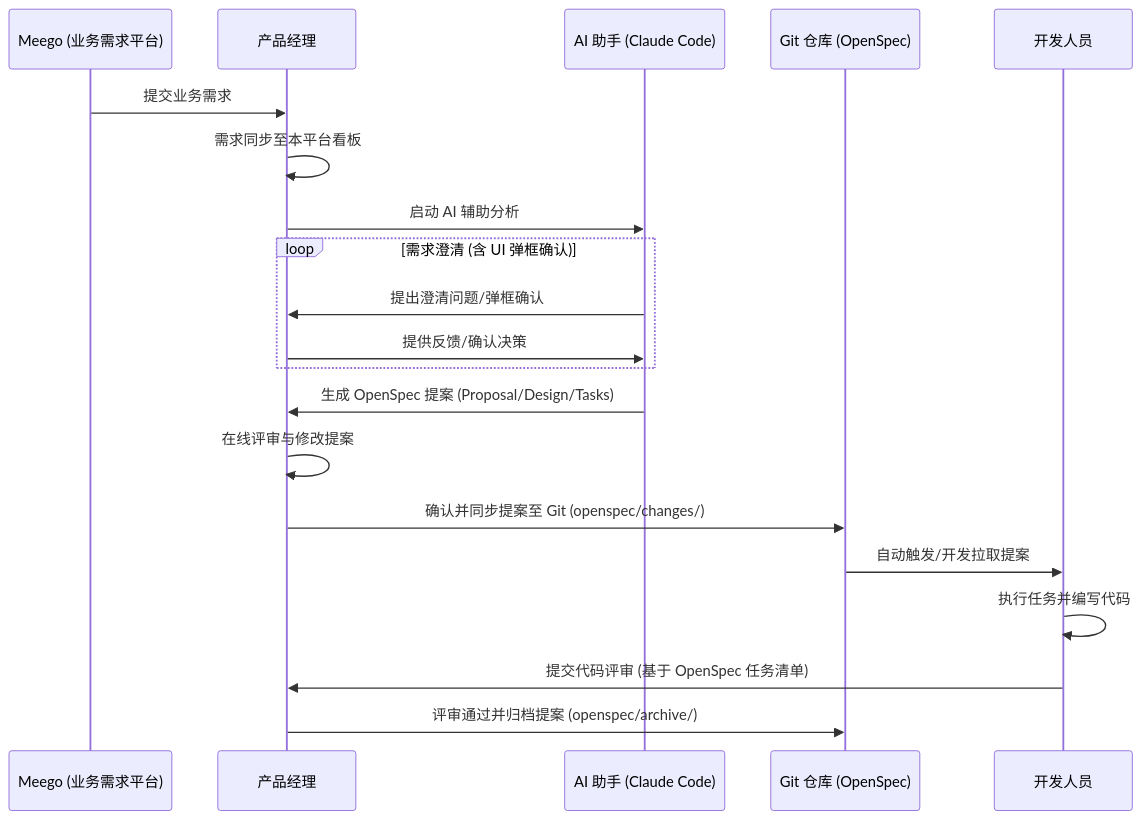
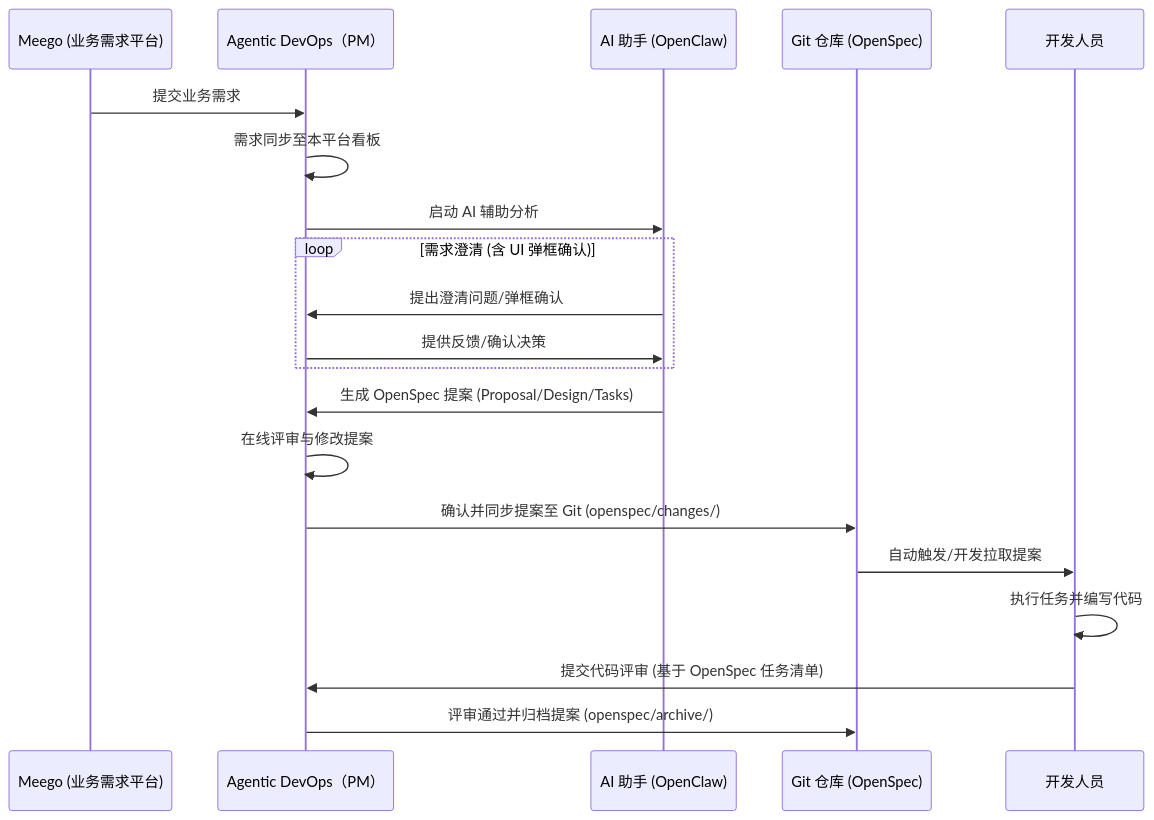
Before and after one commit to Divem/ai-devops: the first of 3 diagrams in md/PM_AI_Plagform_PRD.md, drawn with Mermaid. The commit also changed other lines of this file and 103 other files, not shown here.

````diff
--- a/md/PM_AI_Plagform_PRD.md
+++ b/md/PM_AI_Plagform_PRD.md
@@ -150,23 +150,23 @@
 ```mermaid
 sequenceDiagram
     participant Meego as Meego (业务需求平台)
-    participant PM as 产品经理
-    participant AI as AI 助手 (Claude Code)
+    participant PM as Agentic DevOps（PM）
+    participant AI as AI 助手 (OpenClaw)
     participant Git as Git 仓库 (OpenSpec)
     participant Dev as 开发人员
 
     Meego->>PM: 提交业务需求
     PM->>PM: 需求同步至本平台看板
     PM->>AI: 启动 AI 辅助分析
     loop 需求澄清 (含 UI 弹框确认)
         AI->>PM: 提出澄清问题/弹框确认
         PM->>AI: 提供反馈/确认决策
     end
     AI->>PM: 生成 OpenSpec 提案 (Proposal/Design/Tasks)
     PM->>PM: 在线评审与修改提案
     PM->>Git: 确认并同步提案至 Git (openspec/changes/)
     Git->>Dev: 自动触发/开发拉取提案
     Dev->>Dev: 执行任务并编写代码
     Dev->>PM: 提交代码评审 (基于 OpenSpec 任务清单)
     PM->>Git: 评审通过并归档提案 (openspec/archive/)
 ```
````
